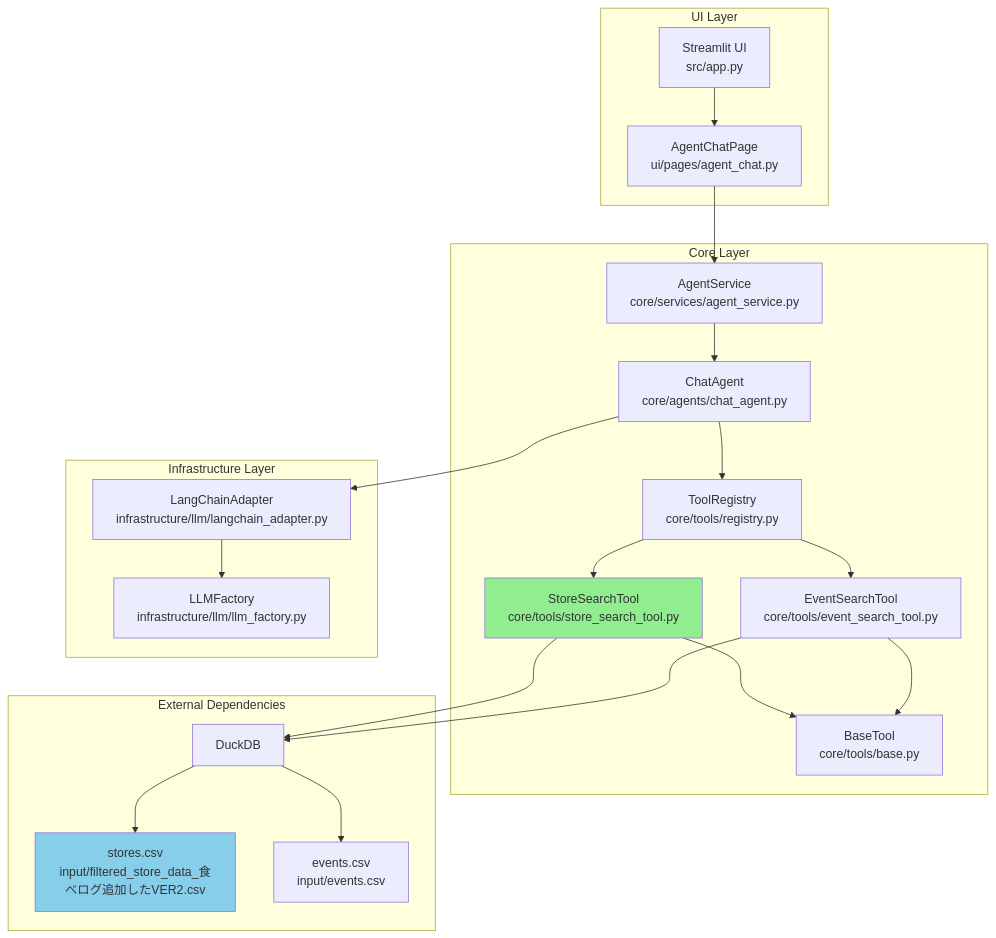
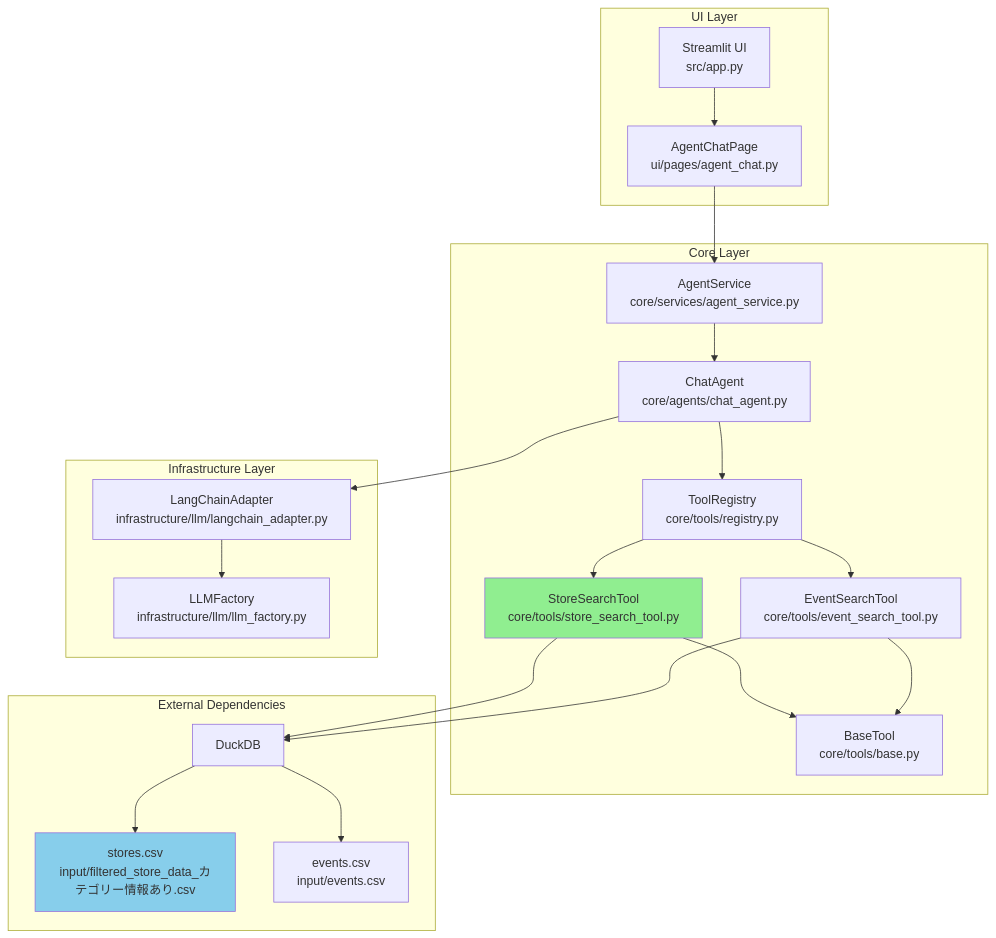
One commit to apol2020/mori-agent-demo changed the second of 3 diagrams in specs/店舗データの検索をSQLを使って行うツールの追加.md. Above: the diagram before and after it, drawn with Mermaid. The commit also changed other lines of this file and 8 other files, not shown here.

````diff
--- a/specs/店舗データの検索をSQLを使って行うツールの追加.md
+++ b/specs/店舗データの検索をSQLを使って行うツールの追加.md
@@ -623,45 +623,45 @@
 ```mermaid
 graph TB
     subgraph "UI Layer"
         A[Streamlit UI<br/>src/app.py]
         B[AgentChatPage<br/>ui/pages/agent_chat.py]
     end
 
     subgraph "Core Layer"
         C[AgentService<br/>core/services/agent_service.py]
         D[ChatAgent<br/>core/agents/chat_agent.py]
         E[ToolRegistry<br/>core/tools/registry.py]
         F[StoreSearchTool<br/>core/tools/store_search_tool.py]
         G[EventSearchTool<br/>core/tools/event_search_tool.py]
         H[BaseTool<br/>core/tools/base.py]
     end
 
     subgraph "Infrastructure Layer"
         I[LangChainAdapter<br/>infrastructure/llm/langchain_adapter.py]
         J[LLMFactory<br/>infrastructure/llm/llm_factory.py]
     end
 
     subgraph "External Dependencies"
         K[DuckDB]
-        L[stores.csv<br/>input/filtered_store_data_食べログ追加したVER2.csv]
+        L[stores.csv<br/>input/filtered_store_data_カテゴリー情報あり.csv]
         M[events.csv<br/>input/events.csv]
     end
 
     A --> B
     B --> C
     C --> D
     D --> E
     D --> I
     I --> J
     E --> F
     E --> G
     F --> H
     G --> H
     F --> K
     G --> K
     K --> L
     K --> M
 
     style F fill:#90EE90
     style L fill:#87CEEB
 ```
````
